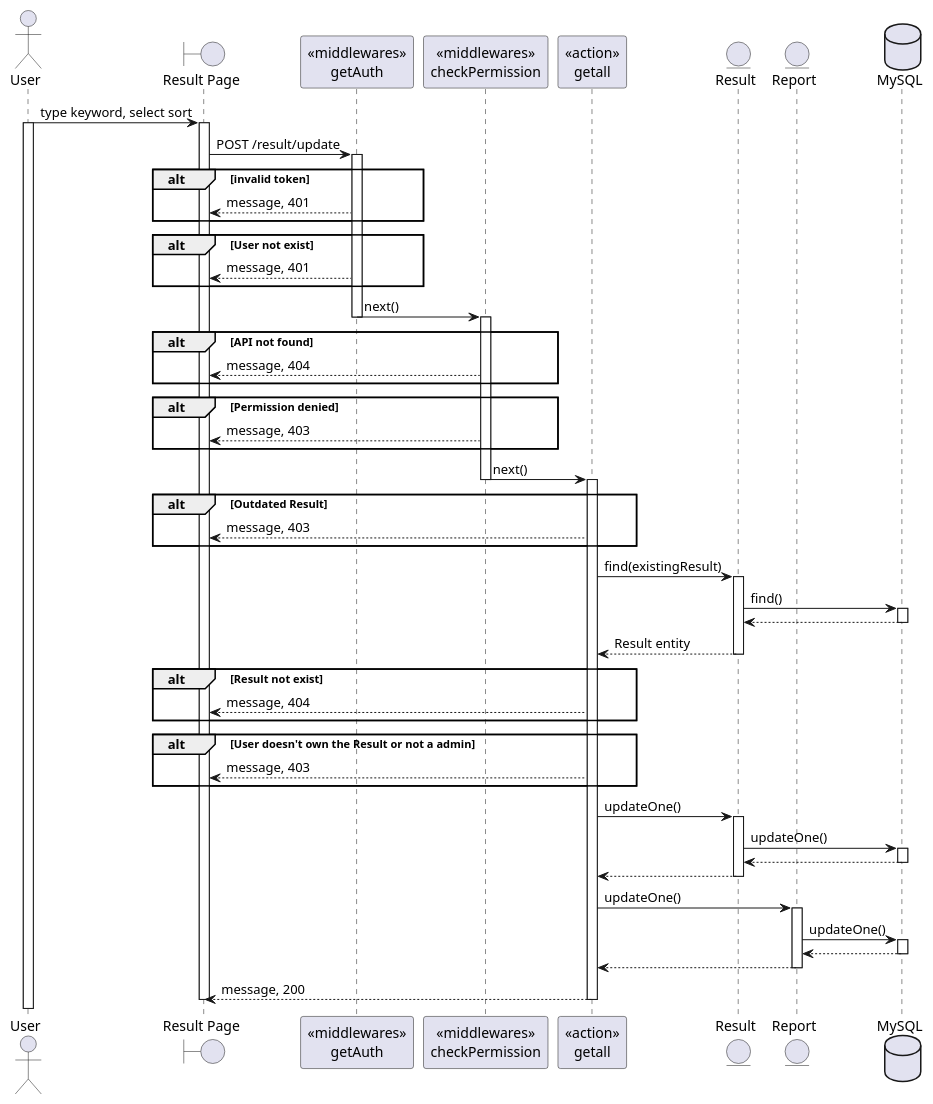
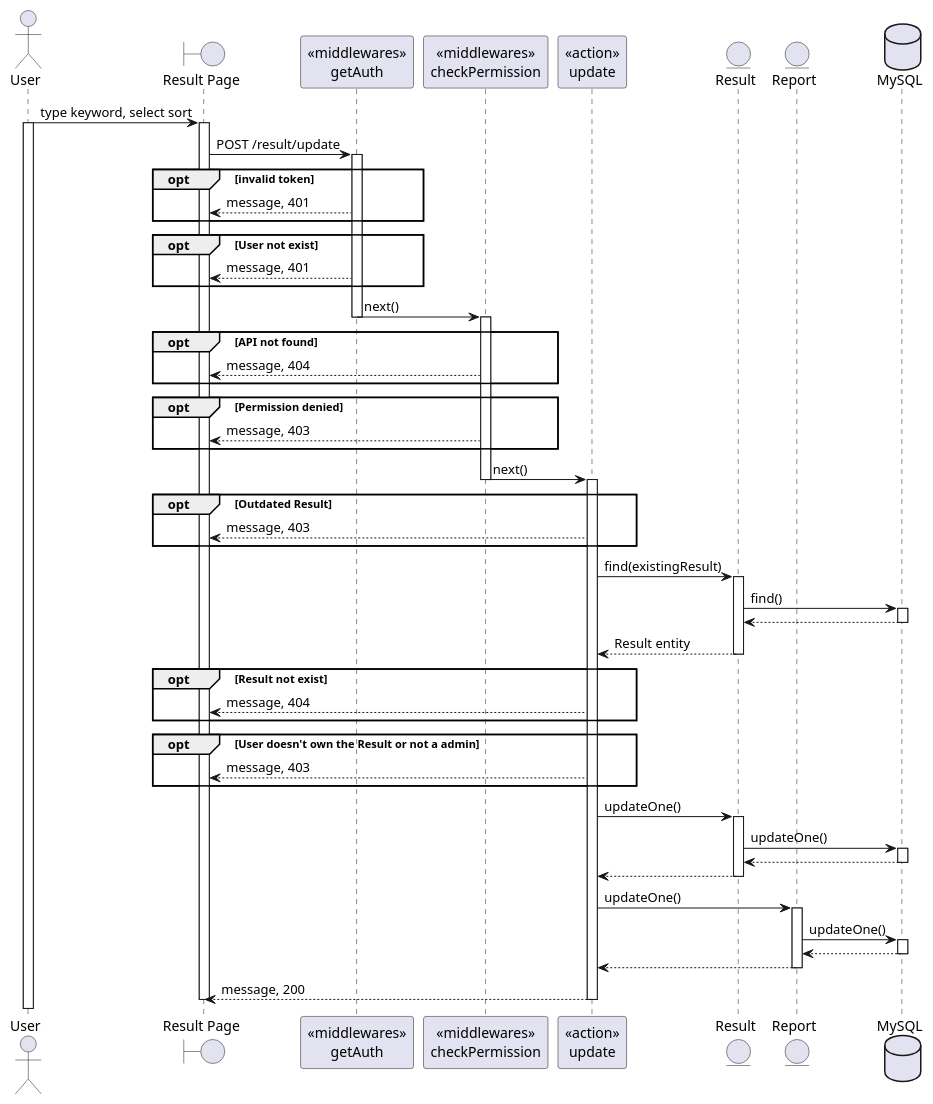
One commit to BunnyButtpowder/TeleLink-Original changed the diagram in SequeceDiagram/result/update.wsd. Above: the diagram before and after it, drawn with PlantUML. The commit also changed 13 other files, not shown here.

Commit message:
fix update call result api and add some sequence diagram

```diff
--- a/SequeceDiagram/result/update.wsd
+++ b/SequeceDiagram/result/update.wsd
@@ -1,78 +1,78 @@
 @startuml
 actor User
 boundary "Result Page" as Client
 participant "<<middlewares>>\ngetAuth" as mid1
 participant "<<middlewares>>\ncheckPermission" as mid2
-participant "<<action>>\ngetall" as Controller
+participant "<<action>>\nupdate" as Controller
 entity "Result" as Model1
 entity "Report" as Model2
 database "MySQL" as DB
 
 User -> Client: type keyword, select sort
 activate User
 activate Client
 Client -> mid1: POST /result/update
 activate mid1
-alt invalid token
+opt invalid token
     mid1 --> Client: message, 401
 end
-alt User not exist
+opt User not exist
     mid1 --> Client: message, 401
 end
 mid1 -> mid2: next()
 deactivate mid1
 activate mid2
-alt API not found
+opt API not found
     mid2 --> Client: message, 404
 end
-alt Permission denied
+opt Permission denied
     mid2 --> Client: message, 403
 end
 mid2 -> Controller: next()
 deactivate mid2
 activate Controller
-alt Outdated Result
+opt Outdated Result
 Controller --> Client: message, 403
 end
 Controller -> Model1: find(existingResult)
 activate Model1
 Model1 -> DB: find()
 activate DB
 DB --> Model1
 deactivate DB
 Model1 --> Controller: Result entity
 deactivate Model1
-alt Result not exist
+opt Result not exist
     Controller --> Client: message, 404
 end
-alt User doesn't own the Result or not a admin
+opt User doesn't own the Result or not a admin
     Controller --> Client: message, 403
 end
 Controller -> Model1: updateOne()
 activate Model1
 Model1 -> DB: updateOne()
 activate DB
 DB --> Model1
 deactivate DB
 Model1 --> Controller
 deactivate Model1
 Controller -> Model2: updateOne()
 activate Model2
 Model2 -> DB: updateOne()
 activate DB
 DB --> Model2
 deactivate DB
 Model2 --> Controller
 deactivate Model2
 Controller --> Client: message, 200
 deactivate Controller
 
 
 
 
 
 
 
 deactivate Client
 
 @enduml
```
